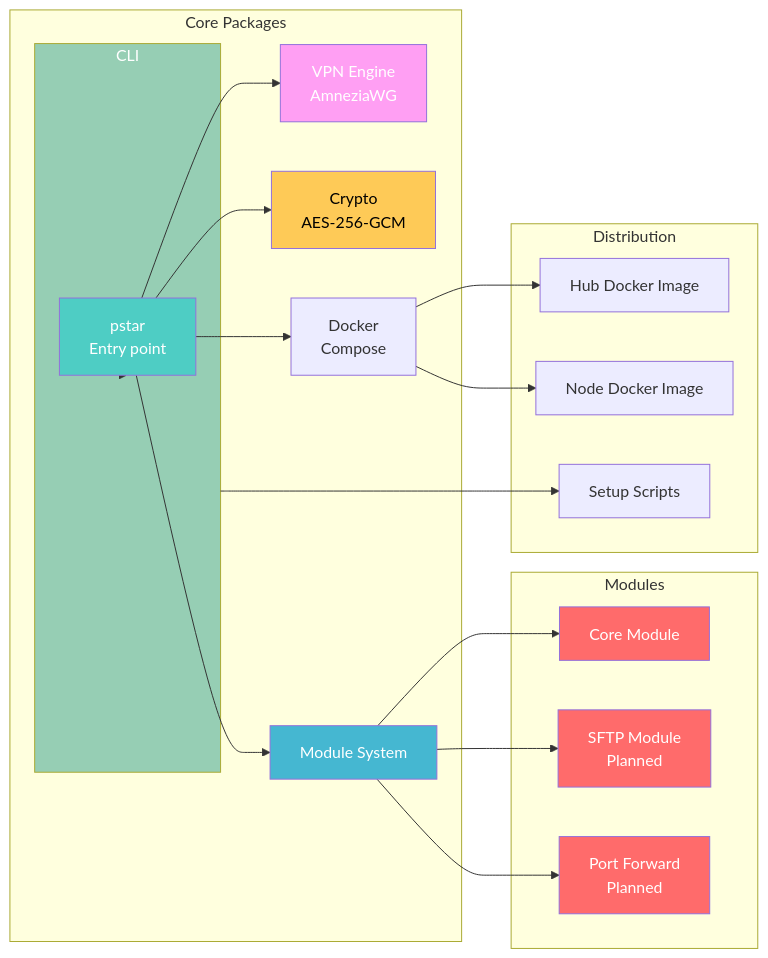
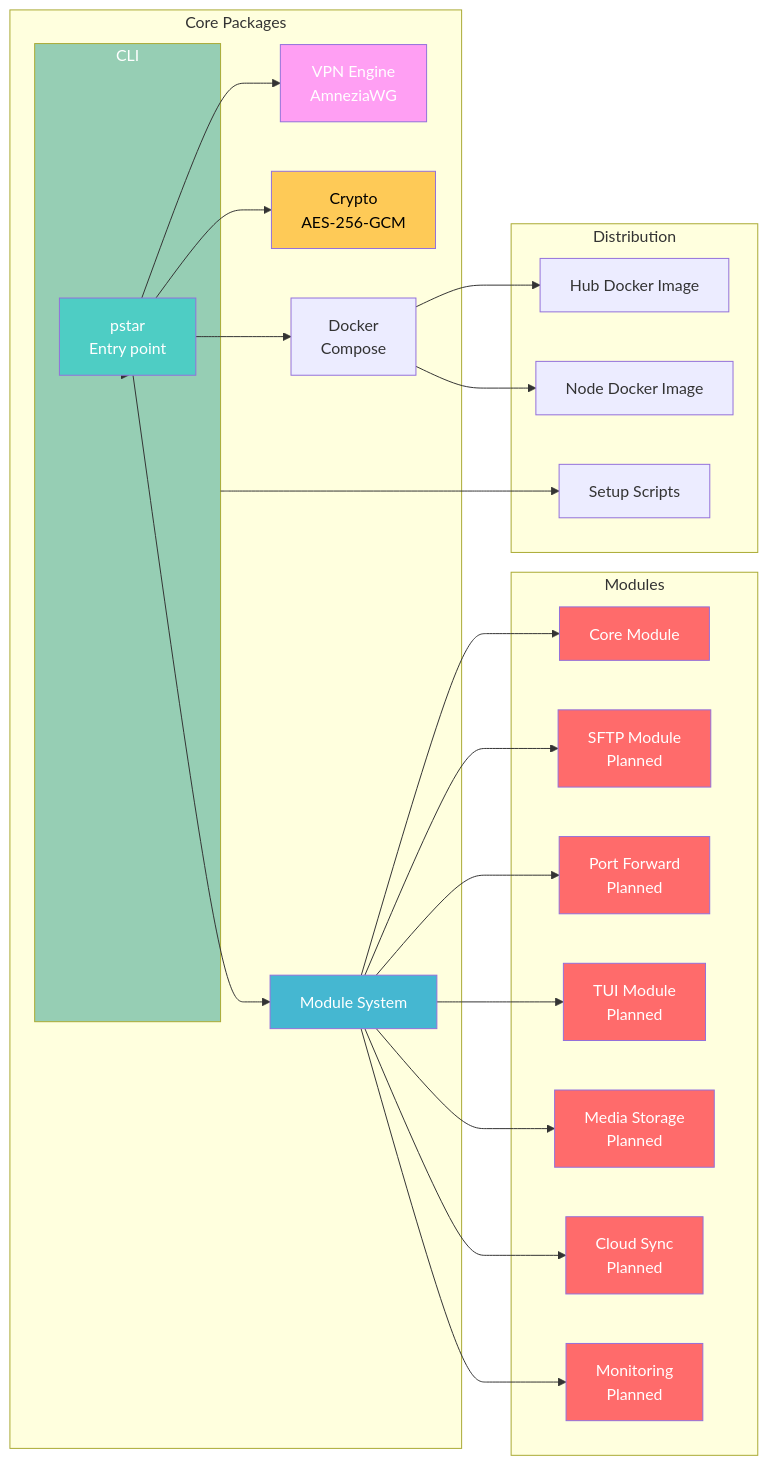
Before and after one commit to reneget/Pocket-Star: the second of 4 diagrams in README.md, drawn with Mermaid. The commit also changed other lines of this file and 1 other file, not shown here.

Commit message:
feat: add TUI, media, cloud, monitoring to planned modules

````diff
--- a/README.md
+++ b/README.md
@@ -80,47 +80,59 @@
 ```mermaid
 graph LR
     subgraph "CLI"
         PSTAR[pstar<br/>Entry point]
     end
     
     subgraph "Core Packages"
         CLI[CLI Commands]
         VPN[VPN Engine<br/>AmneziaWG]
         CRYPT[Crypto<br/>AES-256-GCM]
         MOD[Module System]
         DOCK[Docker<br/>Compose]
     end
     
     subgraph "Modules"
         CORE[Core Module]
-        SFTP[SFTP Module<br/>Planned]
-        FWD[Port Forward<br/>Planned]
+    SFTP[SFTP Module<br/>Planned]
+    FWD[Port Forward<br/>Planned]
+    TUI[TUI Module<br/>Planned]
+    MEDIA[Media Storage<br/>Planned]
+    CLOUD[Cloud Sync<br/>Planned]
+    MON[Monitoring<br/>Planned]
     end
     
     subgraph "Distribution"
         HUB_IMG[Hub Docker Image]
         NODE_IMG[Node Docker Image]
         SCRIPTS[Setup Scripts]
     end
     
     PSTAR --> CLI
     PSTAR --> VPN
     PSTAR --> CRYPT
     PSTAR --> MOD
     PSTAR --> DOCK
     MOD --> CORE
     MOD --> SFTP
     MOD --> FWD
+    MOD --> TUI
+    MOD --> MEDIA
+    MOD --> CLOUD
+    MOD --> MON
     DOCK --> HUB_IMG
     DOCK --> NODE_IMG
     CLI --> SCRIPTS
     
     style PSTAR fill:#4ecdc4,color:#fff
     style CLI fill:#96ceb4,color:#fff
     style VPN fill:#ff9ff3,color:#fff
     style CRYPT fill:#feca57,color:#000
     style MOD fill:#45b7d1,color:#fff
     style CORE fill:#ff6b6b,color:#fff
     style SFTP fill:#ff6b6b,color:#fff
     style FWD fill:#ff6b6b,color:#fff
+    style TUI fill:#ff6b6b,color:#fff
+    style MEDIA fill:#ff6b6b,color:#fff
+    style CLOUD fill:#ff6b6b,color:#fff
+    style MON fill:#ff6b6b,color:#fff
 ```
````
